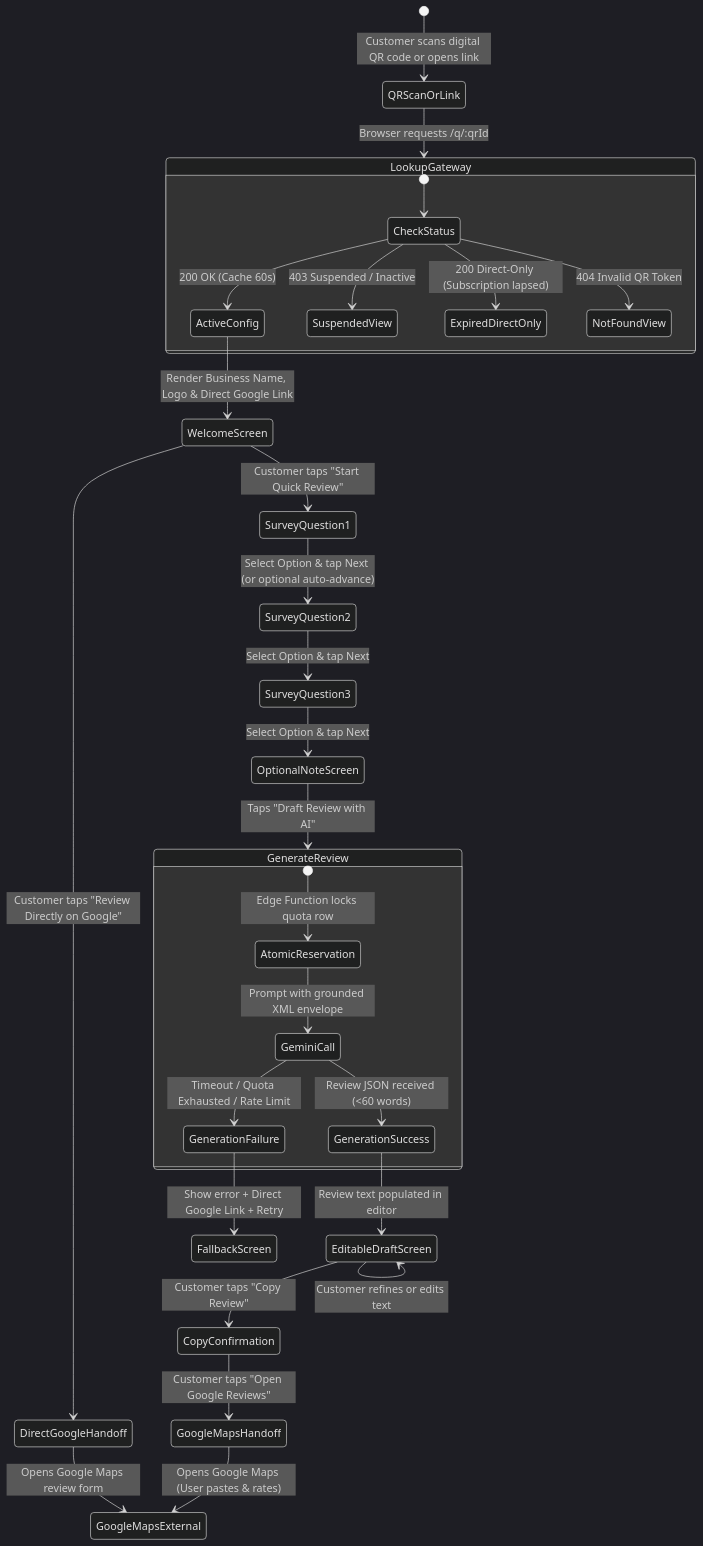
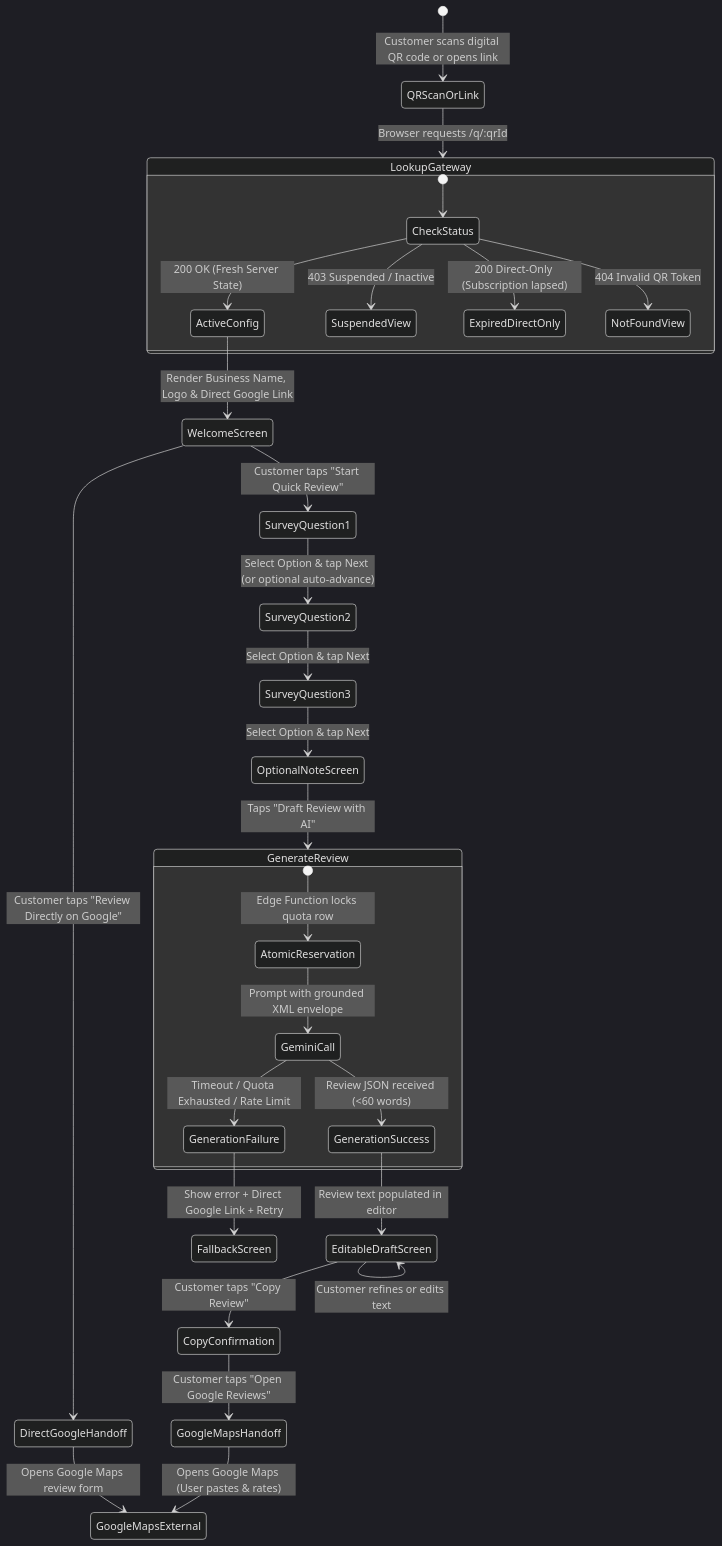
The diagram in docs/UI_UX.md (Sai-KT/QR_review), drawn with Mermaid (dark theme) before and after one commit. The commit also changed other lines of this file and 7 other files, not shown here.

````diff
--- a/docs/UI_UX.md
+++ b/docs/UI_UX.md
@@ -230,39 +230,39 @@
 ```mermaid
 stateDiagram-v2
     [*] --> QRScanOrLink: Customer scans digital QR code or opens link
     QRScanOrLink --> LookupGateway: Browser requests /q/:qrId
 
     state LookupGateway {
         [*] --> CheckStatus
-        CheckStatus --> ActiveConfig: 200 OK (Cache 60s)
+        CheckStatus --> ActiveConfig: 200 OK (Fresh Server State)
         CheckStatus --> SuspendedView: 403 Suspended / Inactive
         CheckStatus --> ExpiredDirectOnly: 200 Direct-Only (Subscription lapsed)
         CheckStatus --> NotFoundView: 404 Invalid QR Token
     }
 
     ActiveConfig --> WelcomeScreen: Render Business Name, Logo & Direct Google Link
     WelcomeScreen --> DirectGoogleHandoff: Customer taps "Review Directly on Google"
     WelcomeScreen --> SurveyQuestion1: Customer taps "Start Quick Review"
 
     SurveyQuestion1 --> SurveyQuestion2: Select Option & tap Next (or optional auto-advance)
     SurveyQuestion2 --> SurveyQuestion3: Select Option & tap Next
     SurveyQuestion3 --> OptionalNoteScreen: Select Option & tap Next
 
     OptionalNoteScreen --> GenerateReview: Taps "Draft Review with AI"
 
     state GenerateReview {
         [*] --> AtomicReservation: Edge Function locks quota row
         AtomicReservation --> GeminiCall: Prompt with grounded XML envelope
         GeminiCall --> GenerationSuccess: Review JSON received (<60 words)
         GeminiCall --> GenerationFailure: Timeout / Quota Exhausted / Rate Limit
     }
 
     GenerationSuccess --> EditableDraftScreen: Review text populated in editor
     EditableDraftScreen --> EditableDraftScreen: Customer refines or edits text
     EditableDraftScreen --> CopyConfirmation: Customer taps "Copy Review"
     CopyConfirmation --> GoogleMapsHandoff: Customer taps "Open Google Reviews"
 
     GenerationFailure --> FallbackScreen: Show error + Direct Google Link + Retry
     DirectGoogleHandoff --> GoogleMapsExternal: Opens Google Maps review form
     GoogleMapsHandoff --> GoogleMapsExternal: Opens Google Maps (User pastes & rates)
 ```
````
